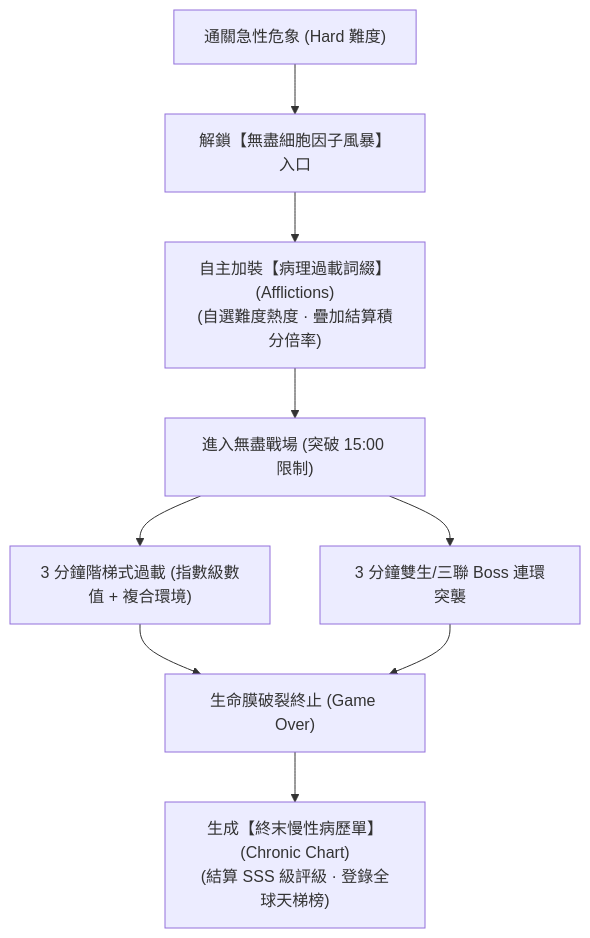
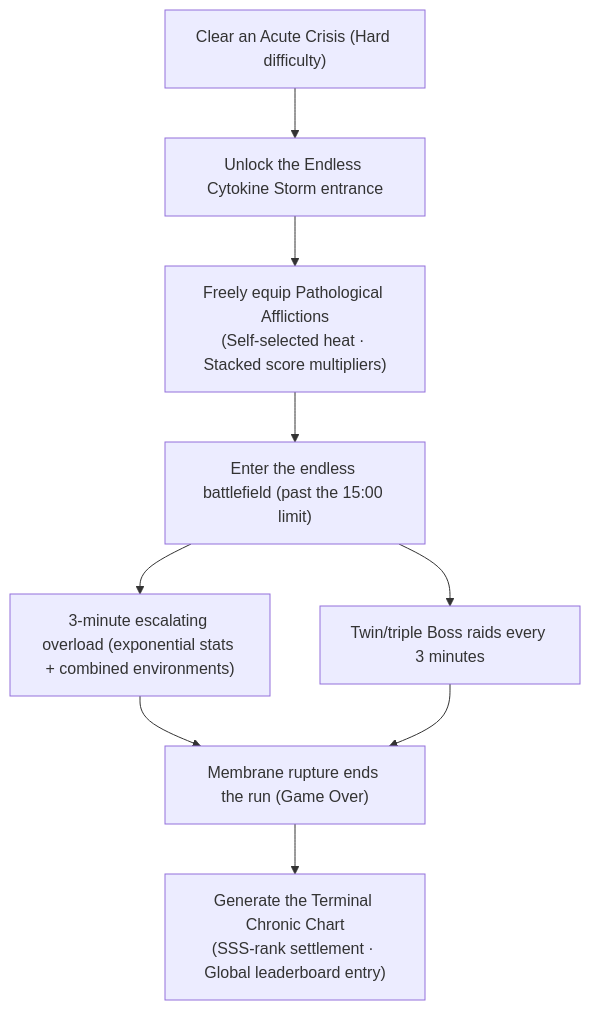
Before and after one commit to skyrocket-qy/Phagocyte: the diagram in docs/endgame.md, drawn with Mermaid. The commit also changed other lines of this file and 17 other files, not shown here.

````diff
--- a/docs/endgame.md
+++ b/docs/endgame.md
@@ -11,10 +11,10 @@
 ```mermaid
 flowchart TD
-    A["通關急性危象 (Hard 難度)"] --> B["解鎖【無盡細胞因子風暴】入口"]
-    B --> C["自主加裝【病理過載詞綴】(Afflictions)<br>(自選難度熱度 · 疊加結算積分倍率)"]
-    C --> D["進入無盡戰場 (突破 15:00 限制)"]
-    D --> E["3 分鐘階梯式過載 (指數級數值 + 複合環境)"]
-    D --> F["3 分鐘雙生/三聯 Boss 連環突襲"]
-    E & F --> G["生命膜破裂終止 (Game Over)"]
-    G --> H["生成【終末慢性病歷單】(Chronic Chart)<br>(結算 SSS 級評級 · 登錄全球天梯榜)"]
+    A["Clear an Acute Crisis (Hard difficulty)"] --> B["Unlock the Endless Cytokine Storm entrance"]
+    B --> C["Freely equip Pathological Afflictions<br>(Self-selected heat · Stacked score multipliers)"]
+    C --> D["Enter the endless battlefield (past the 15:00 limit)"]
+    D --> E["3-minute escalating overload (exponential stats + combined environments)"]
+    D --> F["Twin/triple Boss raids every 3 minutes"]
+    E & F --> G["Membrane rupture ends the run (Game Over)"]
+    G --> H["Generate the Terminal Chronic Chart<br>(SSS-rank settlement · Global leaderboard entry)"]
 ```
````
